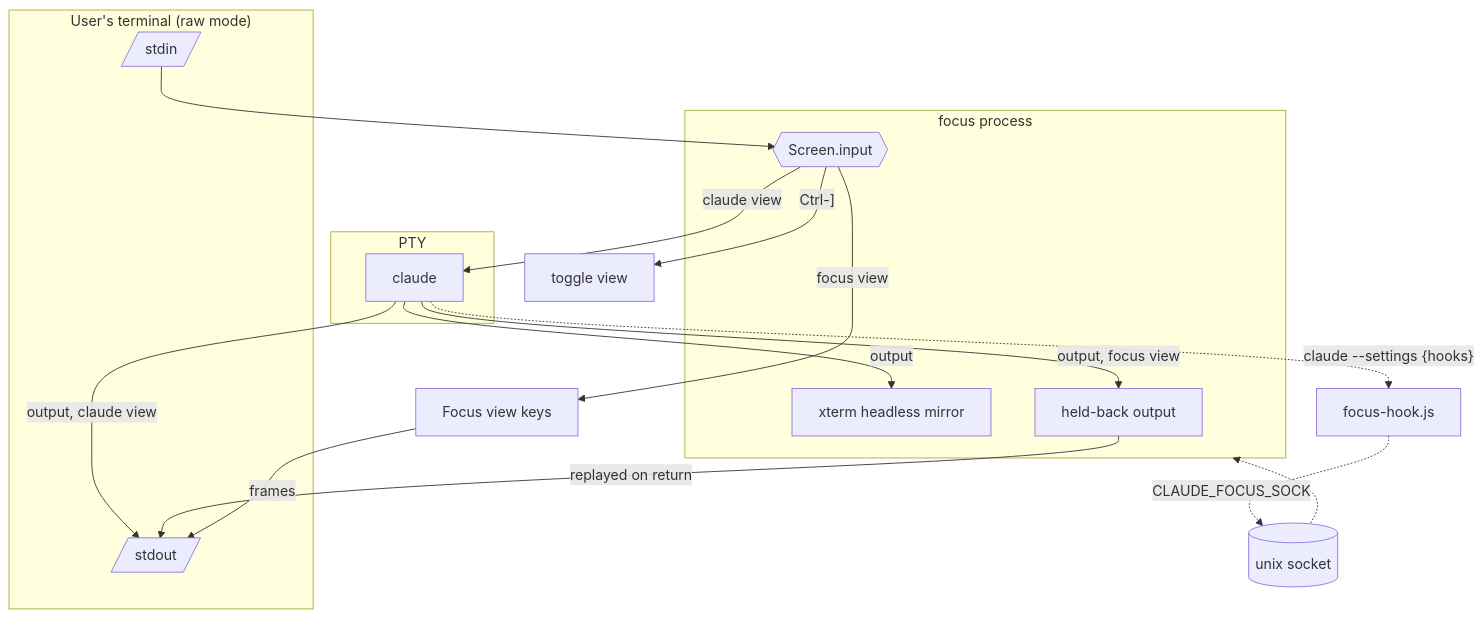
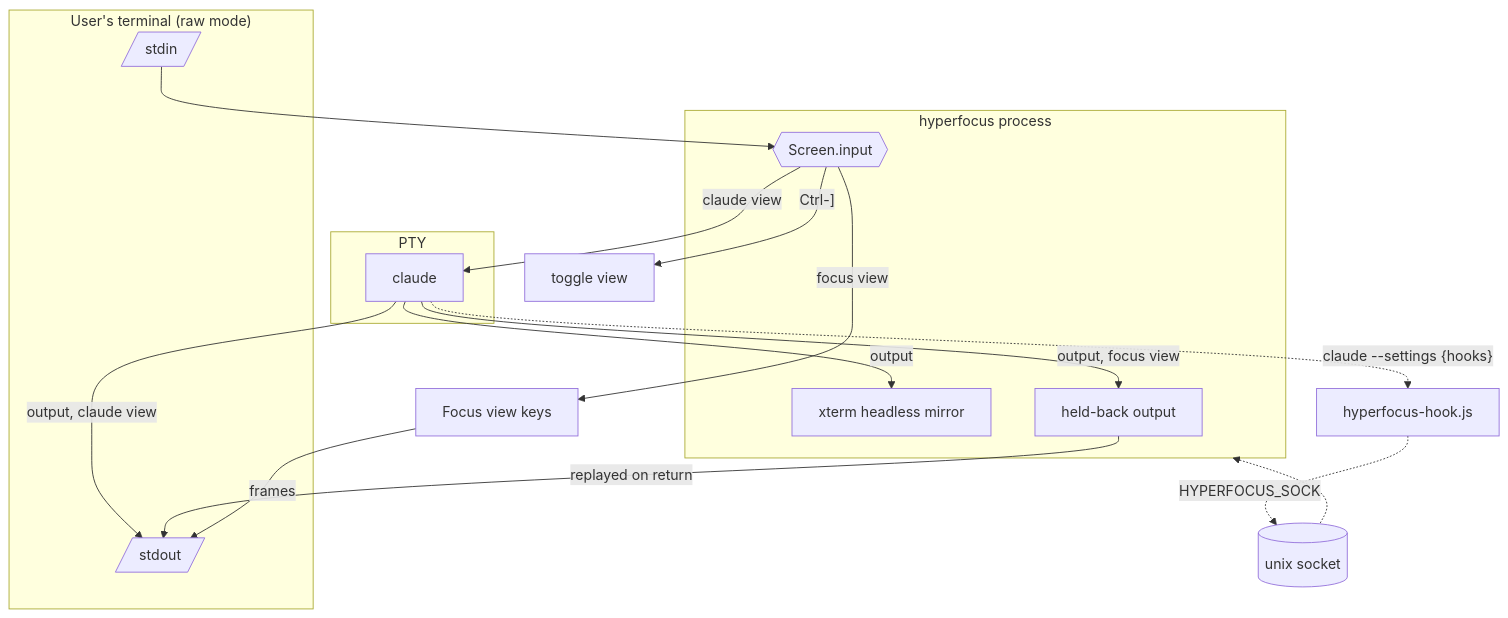
One commit to TEJASVISJAIN/hyperfocus changed the second of 11 diagrams in docs/ARCHITECTURE.md. Above: the diagram before and after it, drawn with Mermaid. The commit also changed other lines of this file and 26 other files, not shown here.

````diff
--- a/docs/ARCHITECTURE.md
+++ b/docs/ARCHITECTURE.md
@@ -67,32 +67,32 @@
 ```mermaid
 flowchart TB
     subgraph terminal["User's terminal (raw mode)"]
         stdin[/stdin/]
         stdout[/stdout/]
     end
 
-    subgraph focusproc["focus process"]
+    subgraph focusproc["hyperfocus process"]
         router{{Screen.input}}
         mirror[xterm headless mirror]
         hold[held-back output]
     end
 
     subgraph pty["PTY"]
         claude[claude]
     end
 
     stdin --> router
     router -->|claude view| claude
     router -->|focus view| quiz[Focus view keys]
     router -->|"Ctrl-]"| toggle[toggle view]
 
     claude -->|output| mirror
     claude -->|output, claude view| stdout
     claude -->|output, focus view| hold
     hold -->|replayed on return| stdout
     quiz -->|frames| stdout
 
-    claude -. "claude --settings {hooks}" .-> hooks[focus-hook.js]
-    hooks -. "CLAUDE_FOCUS_SOCK" .-> sock[(unix socket)]
+    claude -. "claude --settings {hooks}" .-> hooks[hyperfocus-hook.js]
+    hooks -. "HYPERFOCUS_SOCK" .-> sock[(unix socket)]
     sock -.-> focusproc
 ```
````
